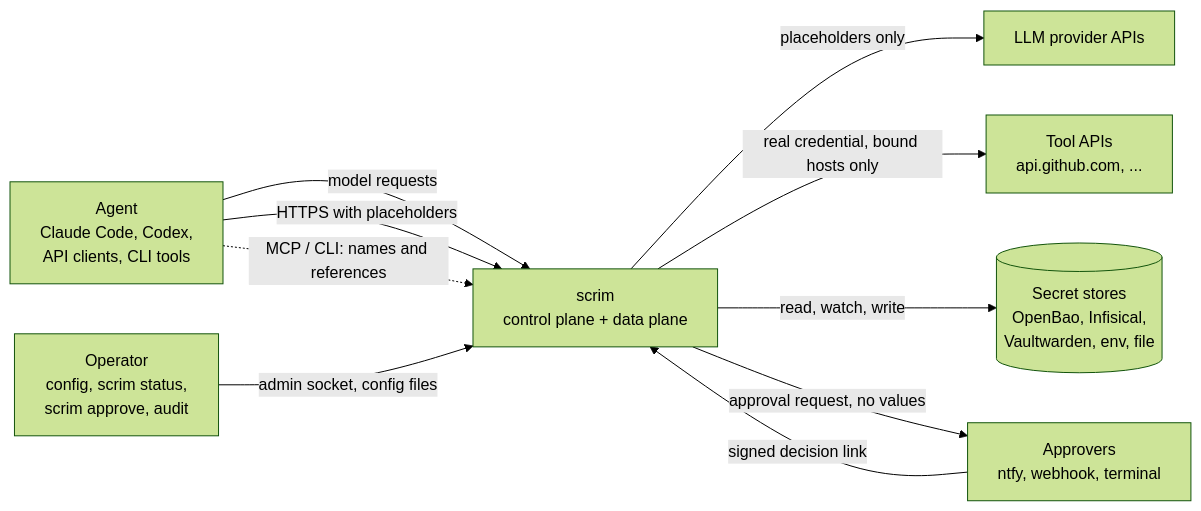
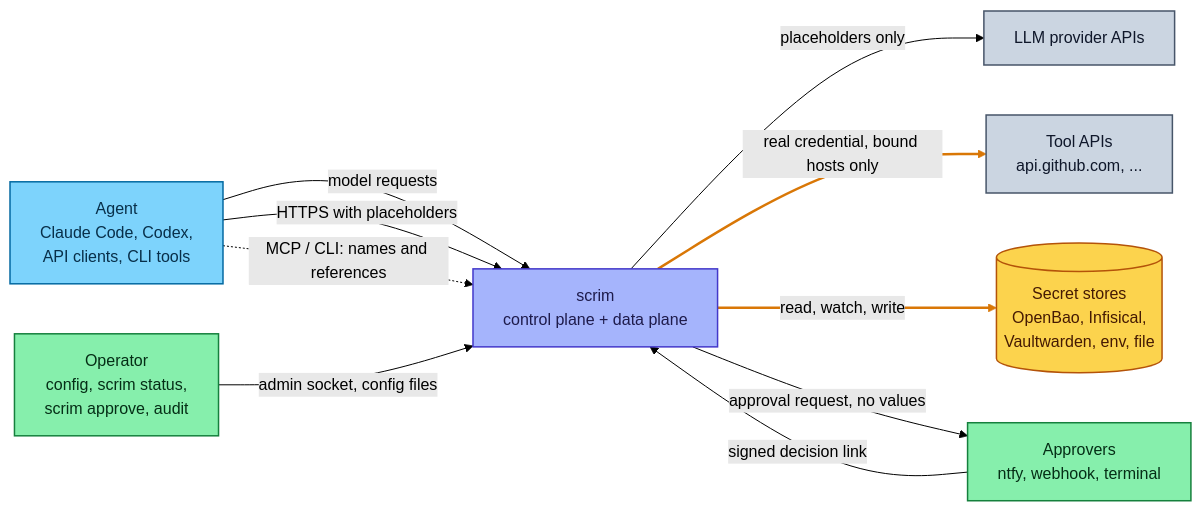
Before and after one commit to Heliopsy/scrim: the first of 8 diagrams in docs/architecture.md, drawn with Mermaid (forest theme). The commit also changed other lines of this file and 6 other files, not shown here.

Commit message:
docs: new scrim logo and colour-coded mermaid diagrams

````diff
--- a/docs/architecture.md
+++ b/docs/architecture.md
@@ -21,20 +21,31 @@
 ```mermaid
 flowchart LR
   agent["Agent<br>Claude Code, Codex,<br>API clients, CLI tools"]
   operator["Operator<br>config, scrim status,<br>scrim approve, audit"]
   scrim["scrim<br>control plane + data plane"]
   provider["LLM provider APIs"]
   toolapis["Tool APIs<br>api.github.com, ..."]
   stores[("Secret stores<br>OpenBao, Infisical,<br>Vaultwarden, env, file")]
   approvers["Approvers<br>ntfy, webhook, terminal"]
 
   agent -- "model requests" --> scrim
   scrim -- "placeholders only" --> provider
   agent -- "HTTPS with placeholders" --> scrim
   scrim -- "real credential, bound hosts only" --> toolapis
   agent -. "MCP / CLI: names and references" .-> scrim
   scrim -- "read, watch, write" --> stores
   scrim -- "approval request, no values" --> approvers
   approvers -- "signed decision link" --> scrim
   operator -- "admin socket, config files" --> scrim
+  classDef agent fill:#7dd3fc,stroke:#0369a1,stroke-width:1.5px,color:#082f49
+  classDef dplane fill:#a5b4fc,stroke:#4338ca,stroke-width:1.5px,color:#1e1b4b
+  classDef store fill:#fcd34d,stroke:#b45309,stroke-width:1.5px,color:#451a03
+  classDef ext fill:#cbd5e1,stroke:#475569,stroke-width:1.5px,color:#0f172a
+  classDef human fill:#86efac,stroke:#15803d,stroke-width:1.5px,color:#052e16
+  class agent agent
+  class operator,approvers human
+  class scrim dplane
+  class provider,toolapis ext
+  class stores store
+  linkStyle 3,5 stroke:#d97706,stroke-width:2.5px
 ```
````
